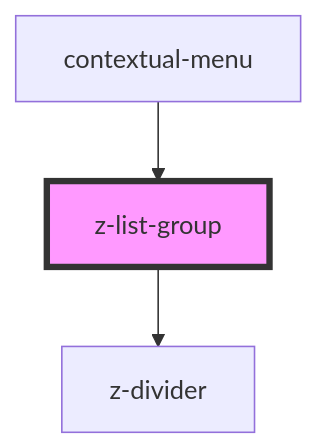
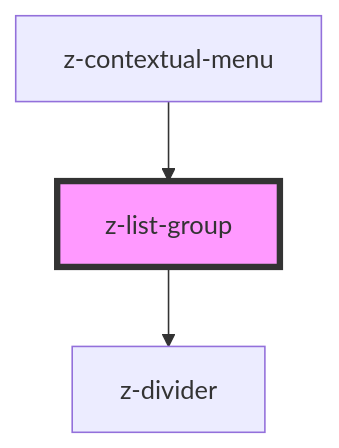
One commit to ZanichelliEditore/design-system changed the diagram in src/components/list/z-list-group/readme.md. Above: the diagram before and after it, drawn with Mermaid. The commit also changed other lines of this file and 12 other files, not shown here.

````diff
--- a/src/components/list/z-list-group/readme.md
+++ b/src/components/list/z-list-group/readme.md
@@ -29,6 +29,6 @@
 ```mermaid
 graph TD;
   z-list-group --> z-divider
-  contextual-menu --> z-list-group
+  z-contextual-menu --> z-list-group
   style z-list-group fill:#f9f,stroke:#333,stroke-width:4px
 ```
````
